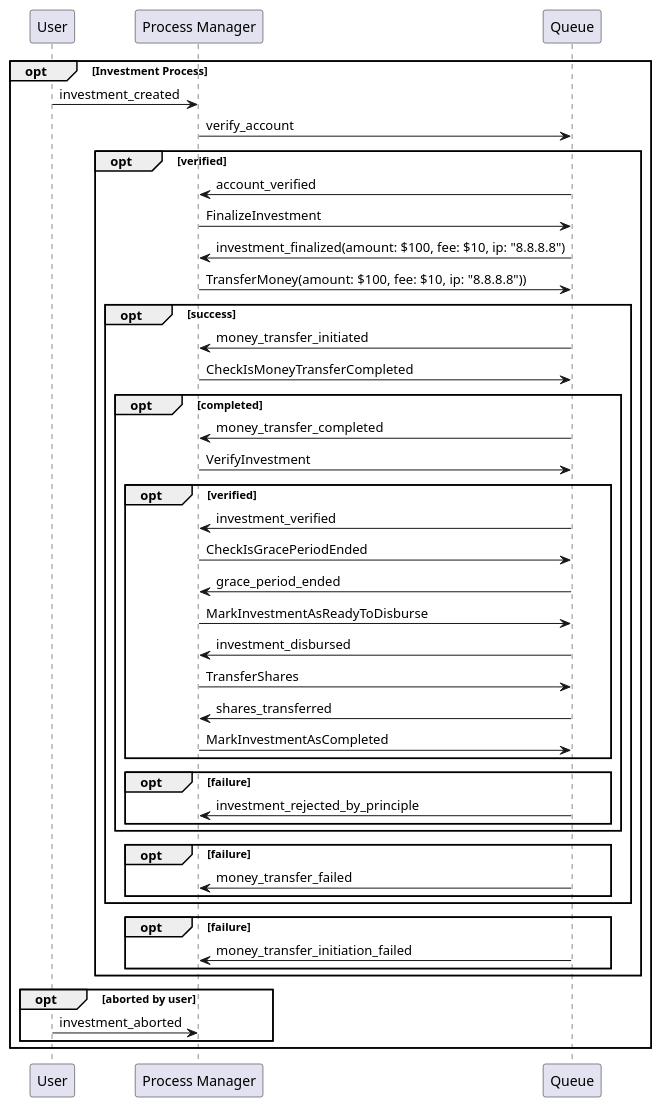
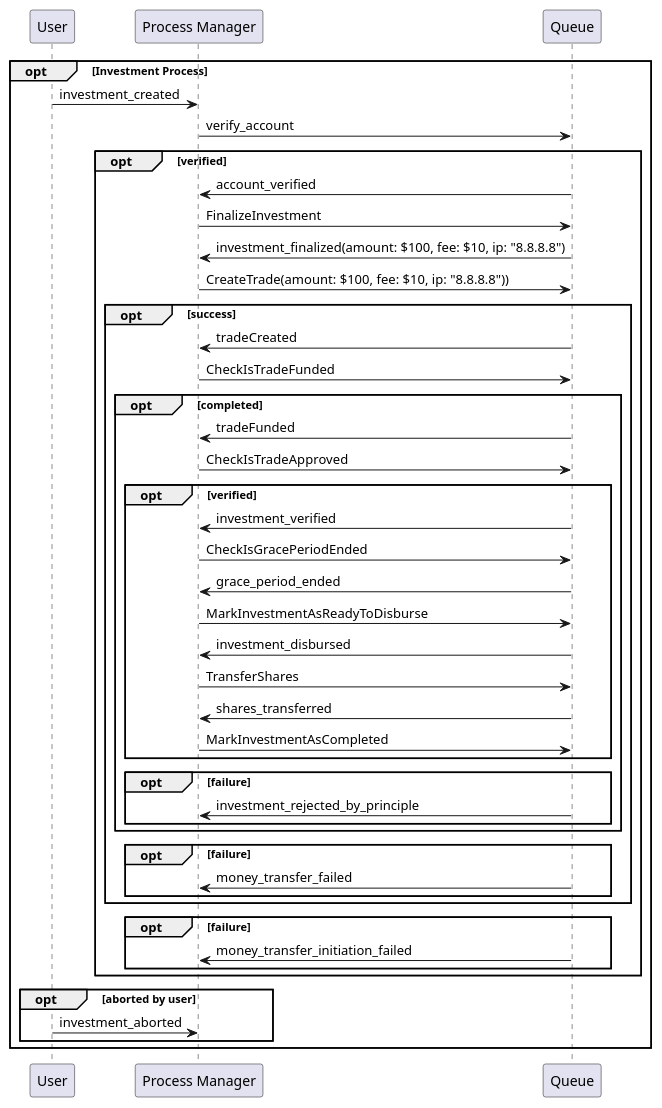
One commit to JoinReinvest/reinvest-api changed the diagram in workflows/investment.plantuml. Above: the diagram before and after it, drawn with PlantUML. The commit also changed 38 other files, not shown here.

```diff
--- a/workflows/investment.plantuml
+++ b/workflows/investment.plantuml
@@ -1,49 +1,49 @@
 @startuml
 
 participant "User" as U
 participant "Process Manager" as PM
 participant "Queue" as Q
 
 opt Investment Process
 U -> PM: investment_created
 PM -> Q: verify_account
 opt verified
  Q -> PM: account_verified
  PM -> Q: FinalizeInvestment
  Q -> PM: investment_finalized(amount: $100, fee: $10, ip: "8.8.8.8")
- PM -> Q: TransferMoney(amount: $100, fee: $10, ip: "8.8.8.8"))
+ PM -> Q: CreateTrade(amount: $100, fee: $10, ip: "8.8.8.8"))
     opt success
-     Q -> PM: money_transfer_initiated
-     PM -> Q: CheckIsMoneyTransferCompleted
+     Q -> PM: tradeCreated
+     PM -> Q: CheckIsTradeFunded
      opt completed
-      Q -> PM: money_transfer_completed
-      PM -> Q: VerifyInvestment
+      Q -> PM: tradeFunded
+      PM -> Q: CheckIsTradeApproved
       opt verified
         Q -> PM: investment_verified
         PM -> Q: CheckIsGracePeriodEnded
         Q -> PM: grace_period_ended
         PM -> Q: MarkInvestmentAsReadyToDisburse
         Q -> PM: investment_disbursed
         PM -> Q: TransferShares
         Q -> PM: shares_transferred
         PM -> Q: MarkInvestmentAsCompleted
       end
       opt failure
        Q -> PM: investment_rejected_by_principle
       end
      end
      opt failure
       Q -> PM: money_transfer_failed
      end
     end
     opt failure
      Q -> PM: money_transfer_initiation_failed
     end
 
 end
 opt aborted by user
 U -> PM: investment_aborted
 end
 end
 
 @enduml
```
